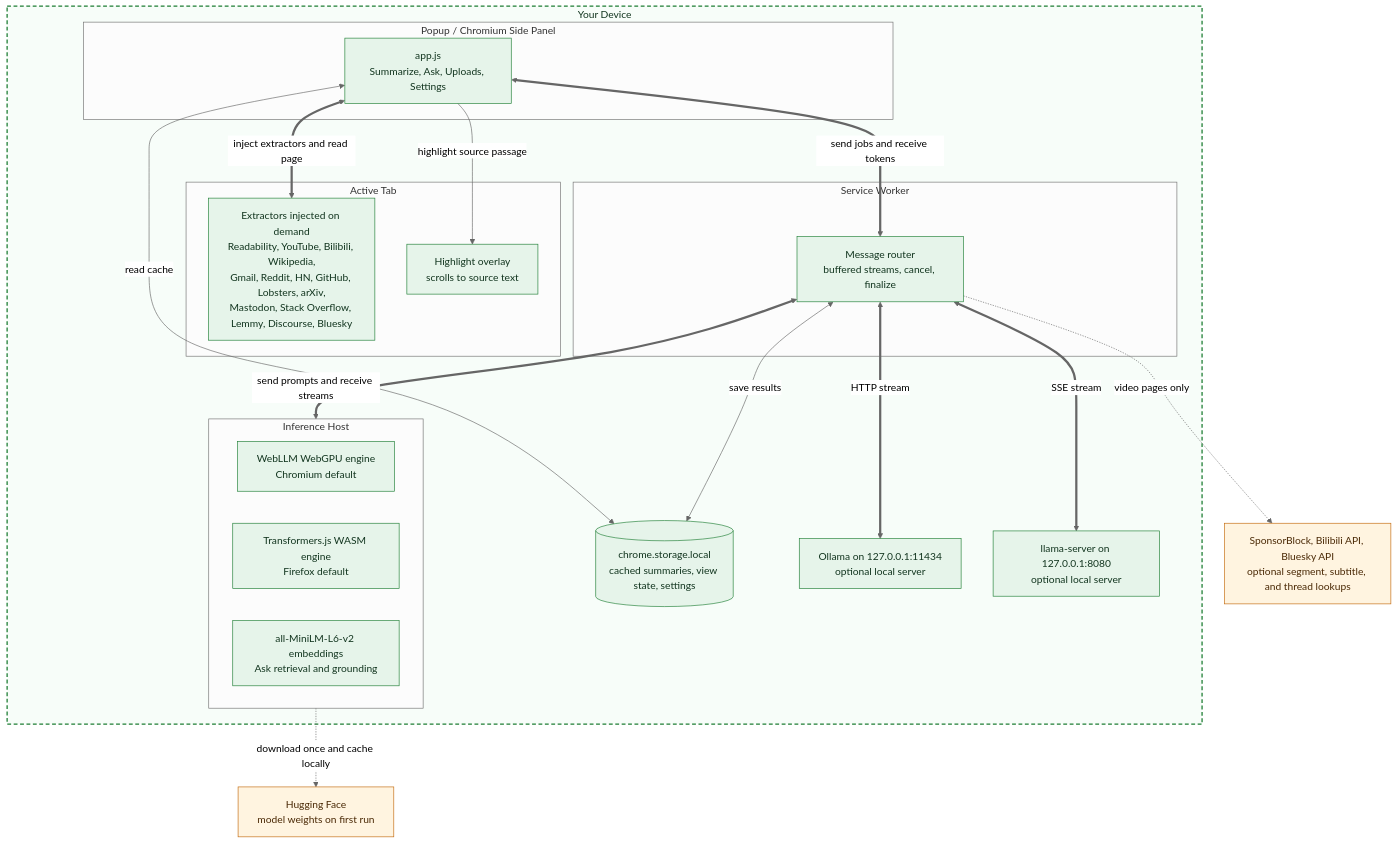
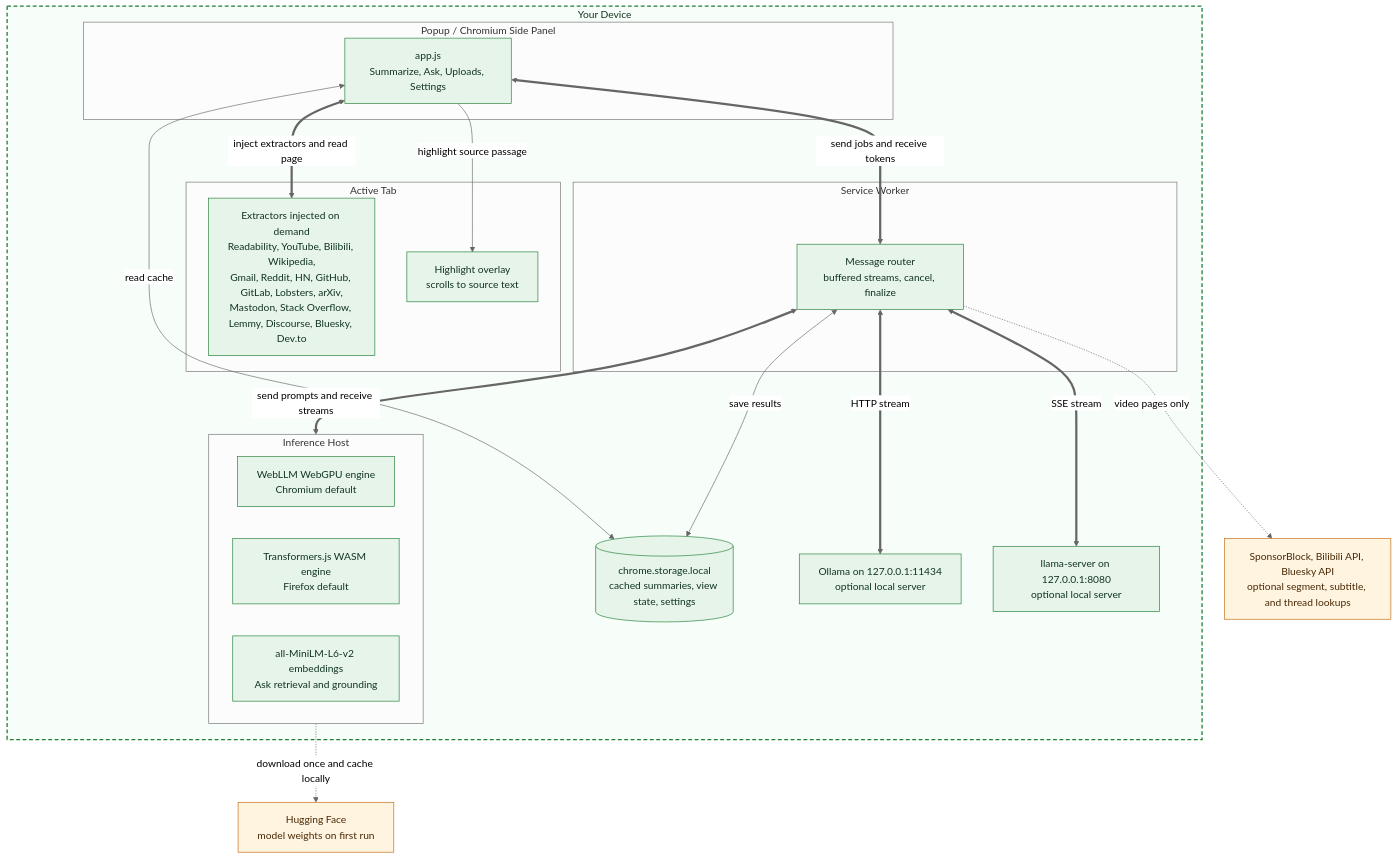
One commit to chenzeyan54-commits/apogee changed the first of 2 diagrams in ARCHITECTURE.md. Above: the diagram before and after it, drawn with Mermaid (neutral theme). The commit also changed other lines of this file and 4 other files, not shown here.

Commit message:
docs: list Dev.to/GitLab extractors and shared thread/video helpers

````diff
--- a/ARCHITECTURE.md
+++ b/ARCHITECTURE.md
@@ -63,48 +63,48 @@
 ```mermaid
 flowchart TD
     subgraph device["Your Device"]
         subgraph page["Active Tab"]
-            EX["Extractors injected on demand<br/>Readability, YouTube, Bilibili, Wikipedia,<br/>Gmail, Reddit, HN, GitHub, Lobsters, arXiv,<br/>Mastodon, Stack Overflow, Lemmy, Discourse, Bluesky"]
+            EX["Extractors injected on demand<br/>Readability, YouTube, Bilibili, Wikipedia,<br/>Gmail, Reddit, HN, GitHub, GitLab, Lobsters, arXiv,<br/>Mastodon, Stack Overflow, Lemmy, Discourse, Bluesky, Dev.to"]
             HL["Highlight overlay<br/>scrolls to source text"]
         end
 
         subgraph ui["Popup / Chromium Side Panel"]
             POPUP["app.js<br/>Summarize, Ask, Uploads, Settings"]
         end
 
         subgraph bg["Service Worker"]
             ROUTER["Message router<br/>buffered streams, cancel, finalize"]
         end
 
         subgraph host["Inference Host"]
             WEBLLM["WebLLM WebGPU engine<br/>Chromium default"]
             TJS["Transformers.js WASM engine<br/>Firefox default"]
             EMB["all-MiniLM-L6-v2 embeddings<br/>Ask retrieval and grounding"]
         end
 
         STORE[("chrome.storage.local<br/>cached summaries, view state, settings")]
         OLLAMA["Ollama on 127.0.0.1:11434<br/>optional local server"]
         LLAMACPP["llama-server on 127.0.0.1:8080<br/>optional local server"]
     end
 
     HF["Hugging Face<br/>model weights on first run"]
     APIS["SponsorBlock, Bilibili API, Bluesky API<br/>optional segment, subtitle, and thread lookups"]
 
     POPUP <==>|"inject extractors and read page"| EX
     POPUP -->|"highlight source passage"| HL
     POPUP <==>|"send jobs and receive tokens"| ROUTER
     ROUTER <==>|"send prompts and receive streams"| host
     ROUTER <==>|"HTTP stream"| OLLAMA
     ROUTER <==>|"SSE stream"| LLAMACPP
     POPUP <-->|"read cache"| STORE
     ROUTER <-->|"save results"| STORE
 
     host -.->|"download once and cache locally"| HF
     ROUTER -.->|"video pages only"| APIS
 
     classDef local fill:#e6f4ea,stroke:#1e7e34,color:#12351f
     classDef remote fill:#fff4e0,stroke:#c2680a,color:#4a2905
     class EX,HL,POPUP,ROUTER,STORE,WEBLLM,TJS,EMB,OLLAMA,LLAMACPP local
     class HF,APIS remote
     style device fill:#f7fdf9,stroke:#1e7e34,stroke-width:2px,stroke-dasharray:6 4,color:#12351f
 ```
````
